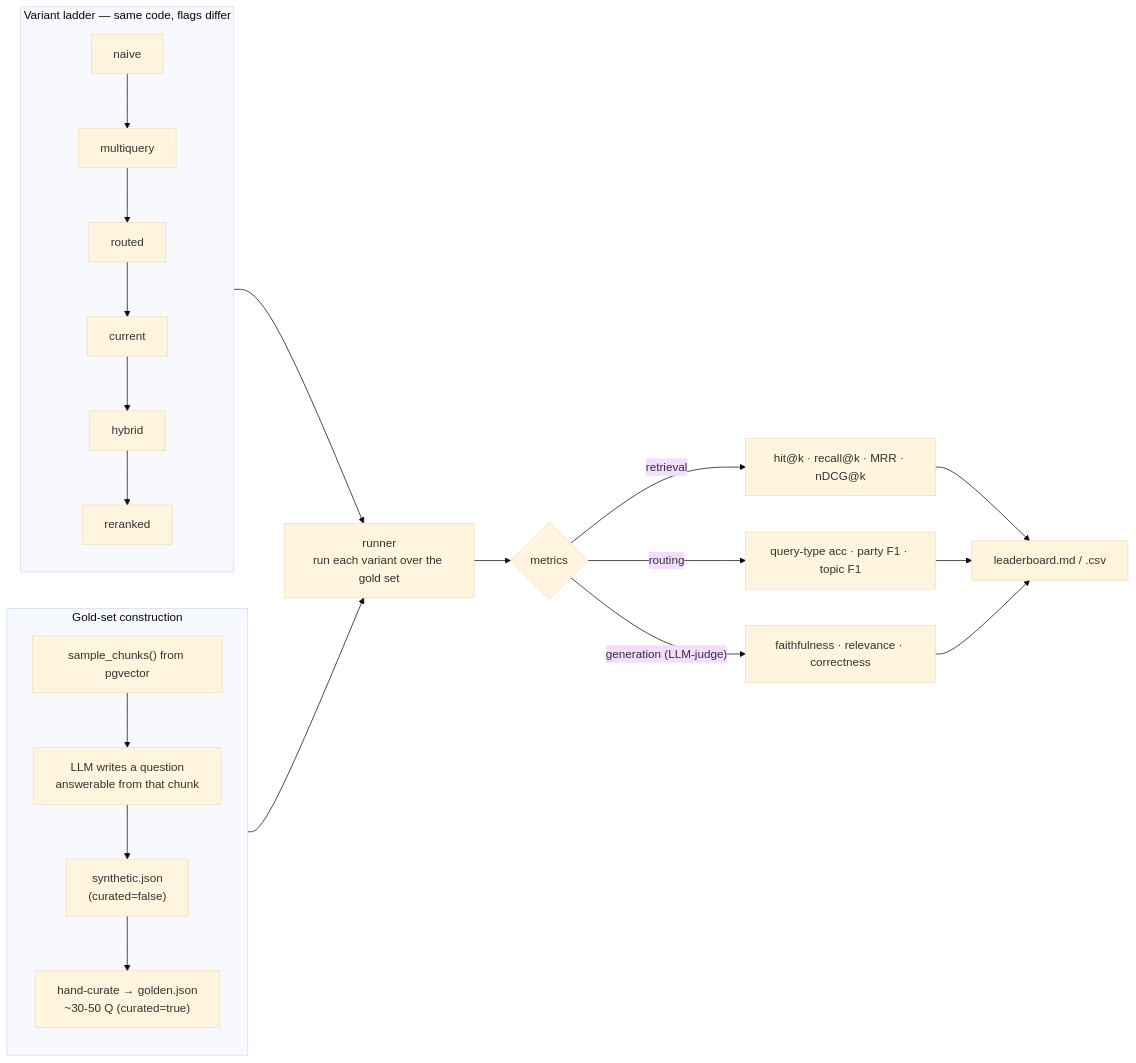
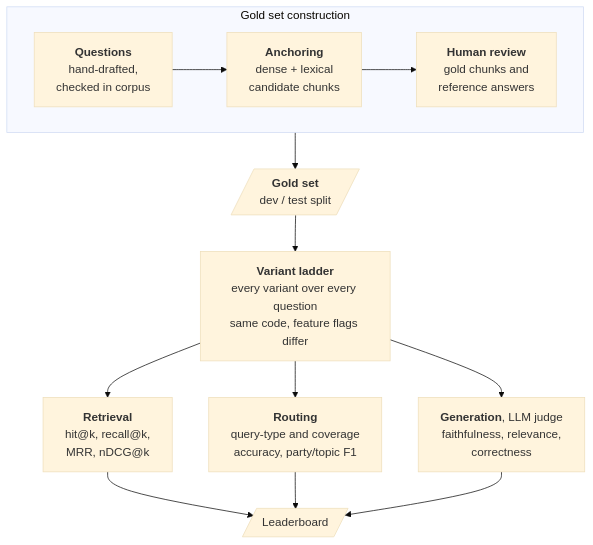
Before and after one commit to afonsoni/thesis: the fifth of 5 diagrams in docs/architecture.md, drawn with Mermaid (base theme). The commit also changed other lines of this file and 7 other files, not shown here.

First line of the commit message:
docs(architecture): update the Mermaid diagrams and render them for the thesis

````diff
--- a/docs/architecture.md
+++ b/docs/architecture.md
@@ -171,24 +219,19 @@
 ```mermaid
-flowchart LR
-    subgraph BUILD["Gold-set construction"]
-        direction TB
-        SAMP["sample_chunks() from pgvector"] --> QGEN["LLM writes a question<br/>answerable from that chunk"]
-        QGEN --> SYN["synthetic.json<br/>(curated=false)"]
-        SYN --> CUR["hand-curate → golden.json<br/>~30-50 Q (curated=true)"]
+flowchart TD
+    subgraph GS["Gold set construction"]
+        direction LR
+        C["<b>Questions</b><br/>hand-drafted,<br/>checked in corpus"] --> A["<b>Anchoring</b><br/>dense + lexical<br/>candidate chunks"] --> R["<b>Human review</b><br/>gold chunks and<br/>reference answers"]
     end
 
-    subgraph LADDER["Variant ladder — same code, flags differ"]
-        direction TB
-        V0["naive"] --> V1["multiquery"] --> V2["routed"] --> V3["current"] --> V4["hybrid"] --> V5["reranked"]
-    end
+    G[/"<b>Gold set</b><br/>dev / test split"/]
 
-    CUR --> RUN["runner<br/>run each variant over the gold set"]
-    LADDER --> RUN
-    RUN --> M{"metrics"}
-    M -->|retrieval| MR["hit@k · recall@k · MRR · nDCG@k"]
-    M -->|routing| MO["query-type acc · party F1 · topic F1"]
-    M -->|"generation (LLM-judge)"| MG["faithfulness · relevance · correctness"]
-    MR --> LB["leaderboard.md / .csv"]
-    MO --> LB
-    MG --> LB
+    RUN["<b>Variant ladder</b><br/>every variant over every question<br/>same code, feature flags differ"]
+    MR["<b>Retrieval</b><br/>hit@k, recall@k,<br/>MRR, nDCG@k"]
+    MO["<b>Routing</b><br/>query-type and coverage<br/>accuracy, party/topic F1"]
+    MG["<b>Generation</b>, LLM judge<br/>faithfulness, relevance,<br/>correctness"]
+    LB[/"Leaderboard"/]
+
+    GS --> G --> RUN
+    RUN --> MR & MO & MG
+    MR & MO & MG --> LB
 ```
````
